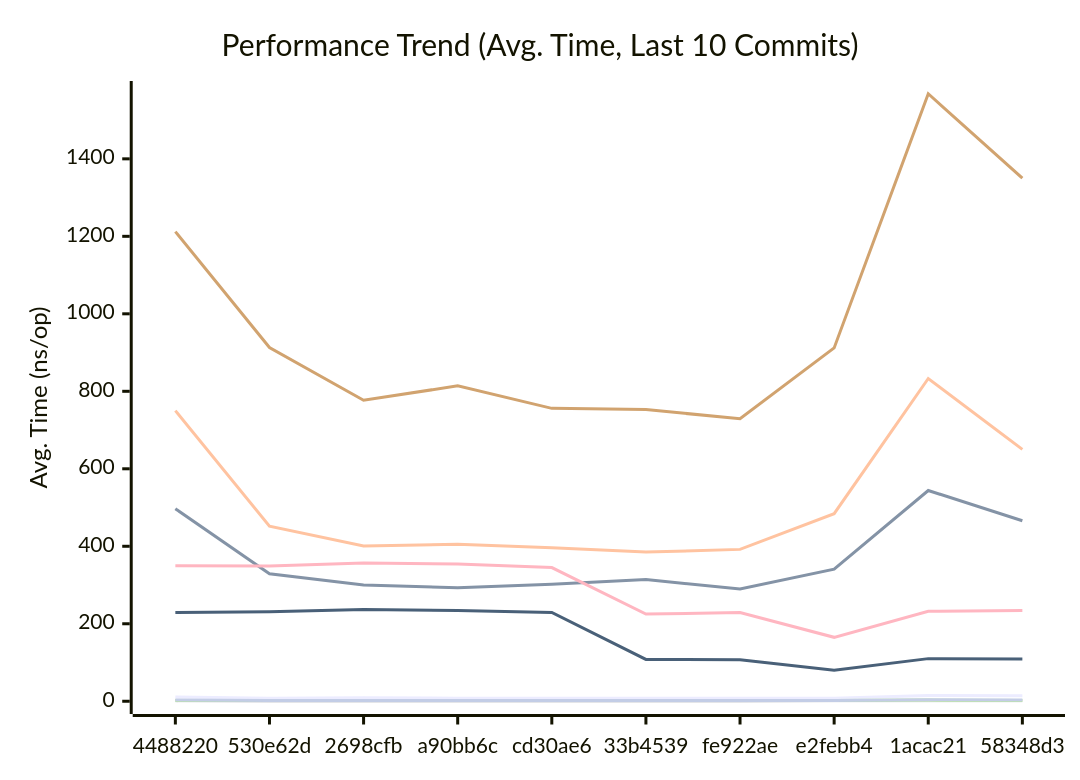
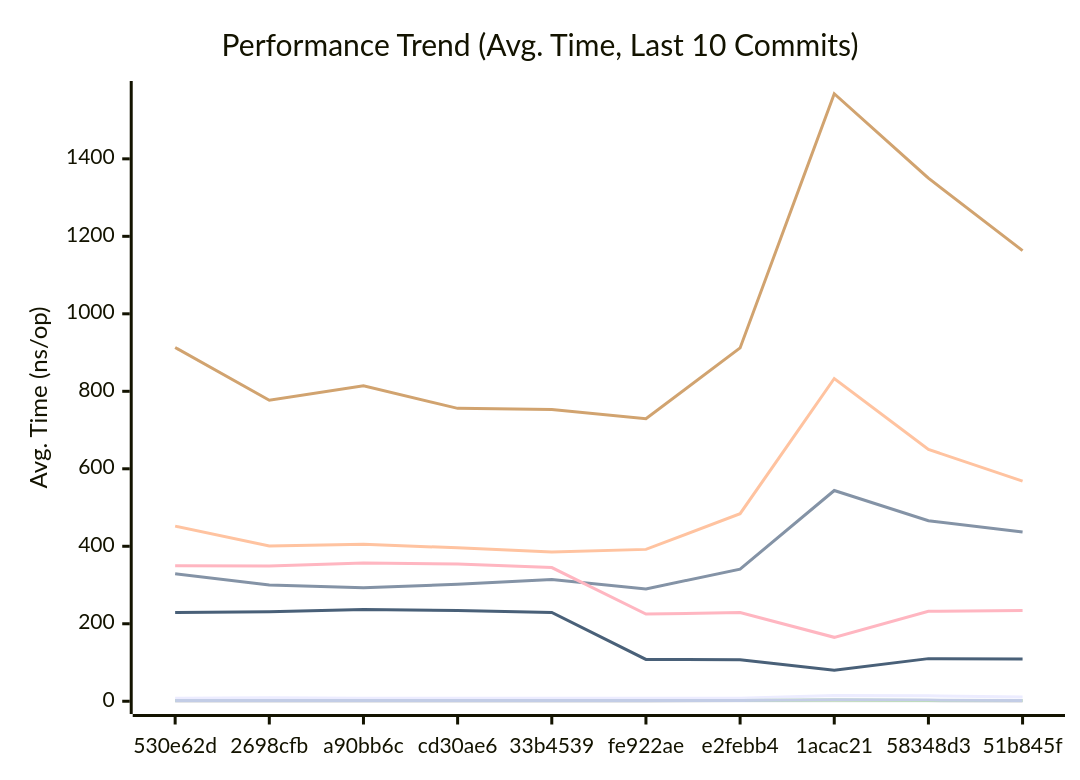
Before and after one commit to alsotoes/momo: the first of 3 diagrams in docs/PERFORMANCE.md, drawn with Mermaid. The commit also changed other lines of this file and 7 other files, not shown here.

````diff
--- a/docs/PERFORMANCE.md
+++ b/docs/PERFORMANCE.md
@@ -80,16 +80,16 @@
 ```mermaid
 xychart-beta
     title "Performance Trend (Avg. Time, Last 10 Commits)"
     x-axis "Commit"
     y-axis "Avg. Time (ns/op)"
-    x-axis [4488220,530e62d,2698cfb,a90bb6c,cd30ae6,33b4539,fe922ae,e2febb4,1acac21,58348d3]
-    line "CheckMetricsAndSwap" [11,8,9,8,8,8,8,8,15,14]
-    line "CrushOptimized" [497,329,300,293,302,314,290,341,544,466]
-    line "CrushOriginal" [750,452,401,405,396,385,392,484,833,650]
-    line "IndexDirectTracking" [1,0,0,0,0,0,0,1,1,1]
-    line "IndexSearch" [2,2,2,2,2,2,2,2,3,2]
-    line "LoadGlobalConfig" [1212,913,777,814,756,753,729,912,1568,1350]
-    line "PadString" [3,2,2,2,2,2,2,2,4,3]
+    x-axis [530e62d,2698cfb,a90bb6c,cd30ae6,33b4539,fe922ae,e2febb4,1acac21,58348d3,51b845f]
+    line "CheckMetricsAndSwap" [8,9,8,8,8,8,8,15,14,11]
+    line "CrushOptimized" [329,300,293,302,314,290,341,544,466,437]
+    line "CrushOriginal" [452,401,405,396,385,392,484,833,650,568]
+    line "IndexDirectTracking" [0,0,0,0,0,0,1,1,1,0]
+    line "IndexSearch" [2,2,2,2,2,2,2,3,2,2]
+    line "LoadGlobalConfig" [913,777,814,756,753,729,912,1568,1350,1163]
+    line "PadString" [2,2,2,2,2,2,2,4,3,2]
     line "ParseReplicationOrder_NoPrealloc" [350,349,357,354,345,225,229,165,232,234]
     line "ParseReplicationOrder_Prealloc" [229,231,237,234,229,108,107,80,110,109]
 ```
````
